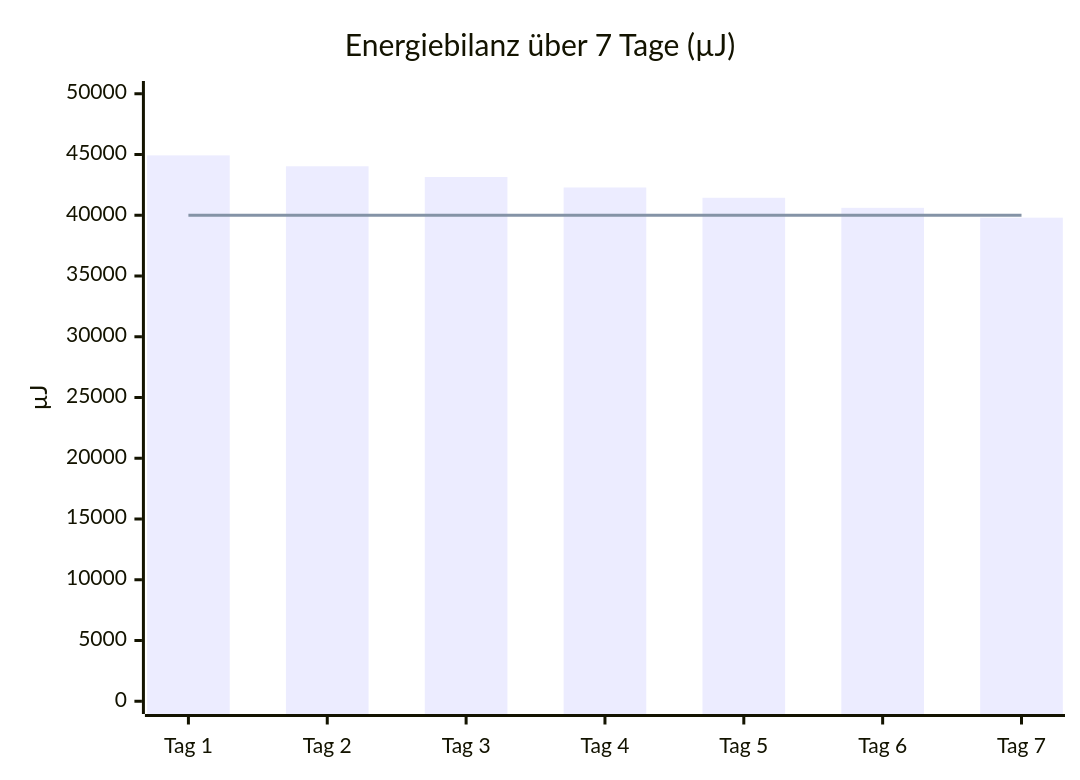
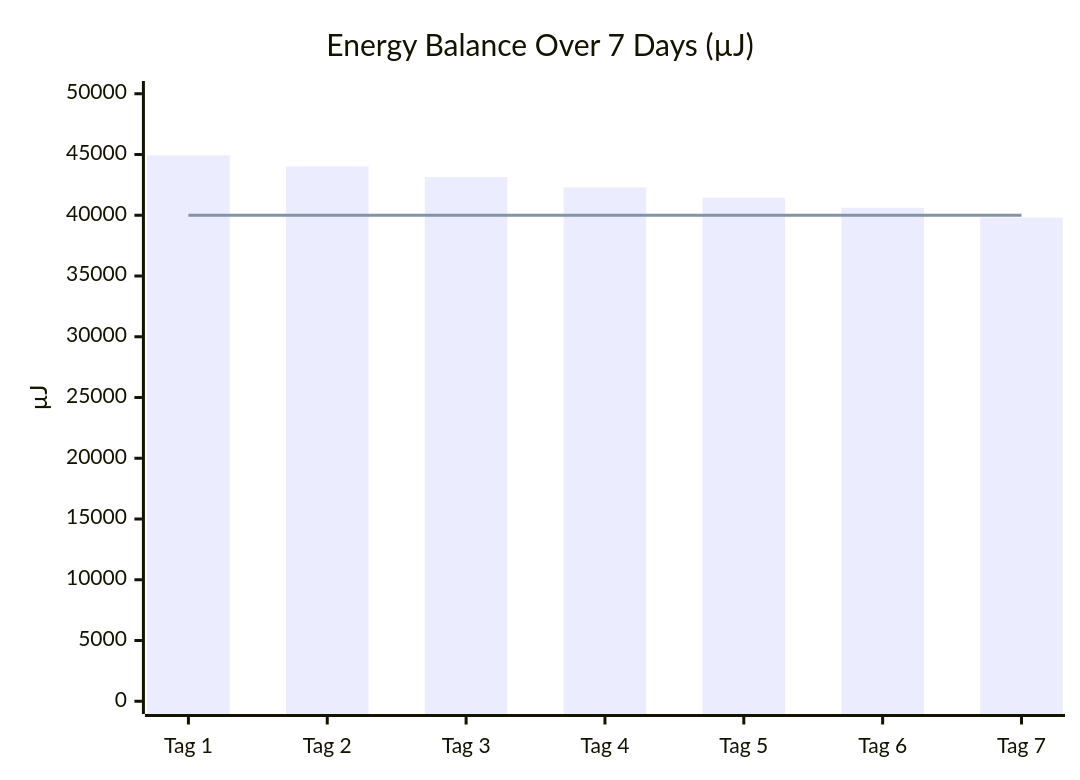
The fifth of 8 diagrams in README.md (tobias-weiss-ai-xr/mykovolt), drawn with Mermaid before and after one commit. The commit also changed other lines of this file and 1 other file, not shown here.

````diff
--- a/README.md
+++ b/README.md
@@ -220,8 +220,8 @@
 ```mermaid
 xychart-beta
-    title "Energiebilanz über 7 Tage (µJ)"
+    title "Energy Balance Over 7 Days (µJ)"
     x-axis ["Tag 1", "Tag 2", "Tag 3", "Tag 4", "Tag 5", "Tag 6", "Tag 7"]
     y-axis "µJ" 0 --> 50000
     bar [44928, 44029, 43148, 42285, 41440, 40611, 39800]
     line [40000, 40000, 40000, 40000, 40000, 40000, 40000]
 ```
````
